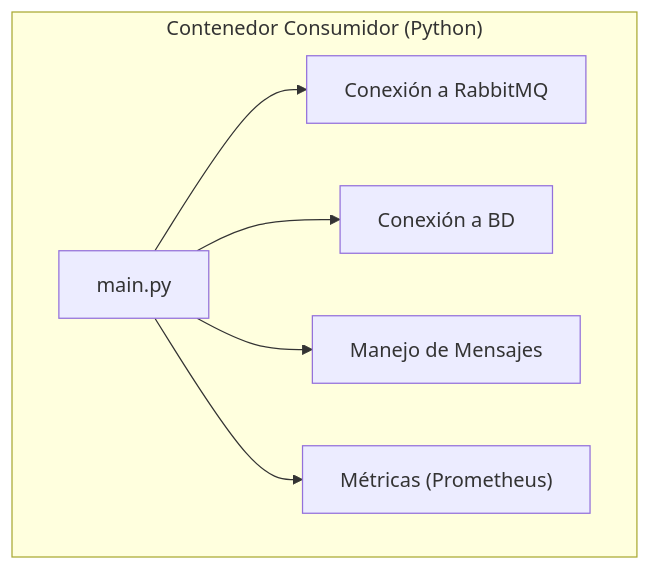
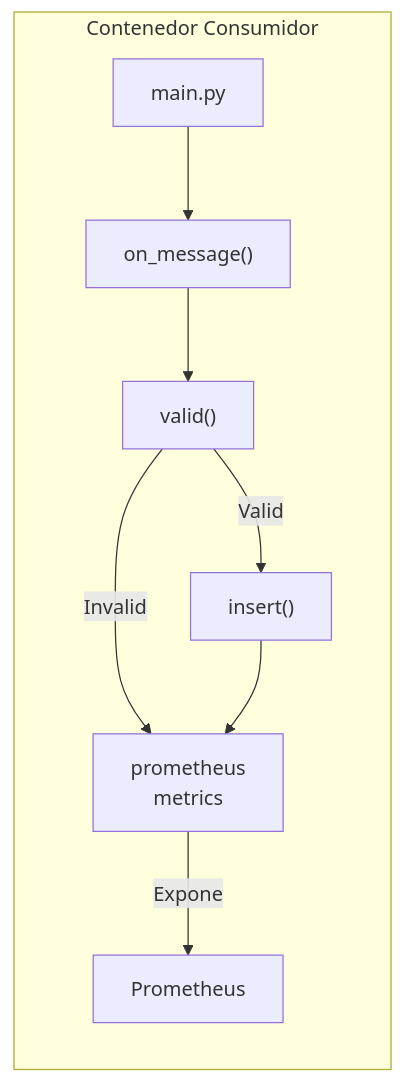
The third of 4 diagrams in README.md (Oyhs-co/weather-logs-system), drawn with Mermaid before and after one commit. The commit also changed other lines of this file and 2 other files, not shown here.

````diff
--- a/README.md
+++ b/README.md
@@ -208,15 +460,17 @@
 ```mermaid
-graph TD
-    subgraph "Contenedor Consumidor (Python)"
-        D["main.py"]
-        E["Conexión a RabbitMQ"]
-        F["Conexión a BD"]
-        G["Manejo de Mensajes"]
-        H["Métricas (Prometheus)"]
-
-        D --> E
-        D --> F
-        D --> G
-        D --> H
+graph LR
+    subgraph "Contenedor Consumidor"
+        main["main.py"]
+        listener["on_message()"]
+        validator["valid()"]
+        inserter["insert()"]
+        metrics["prometheus<br/>metrics"]
+        
+        main --> listener
+        listener --> validator
+        validator -->|Valid| inserter
+        validator -->|Invalid| metrics
+        inserter --> metrics
+        metrics -->|Expone| PROM["Prometheus"]
     end
 ```
````
